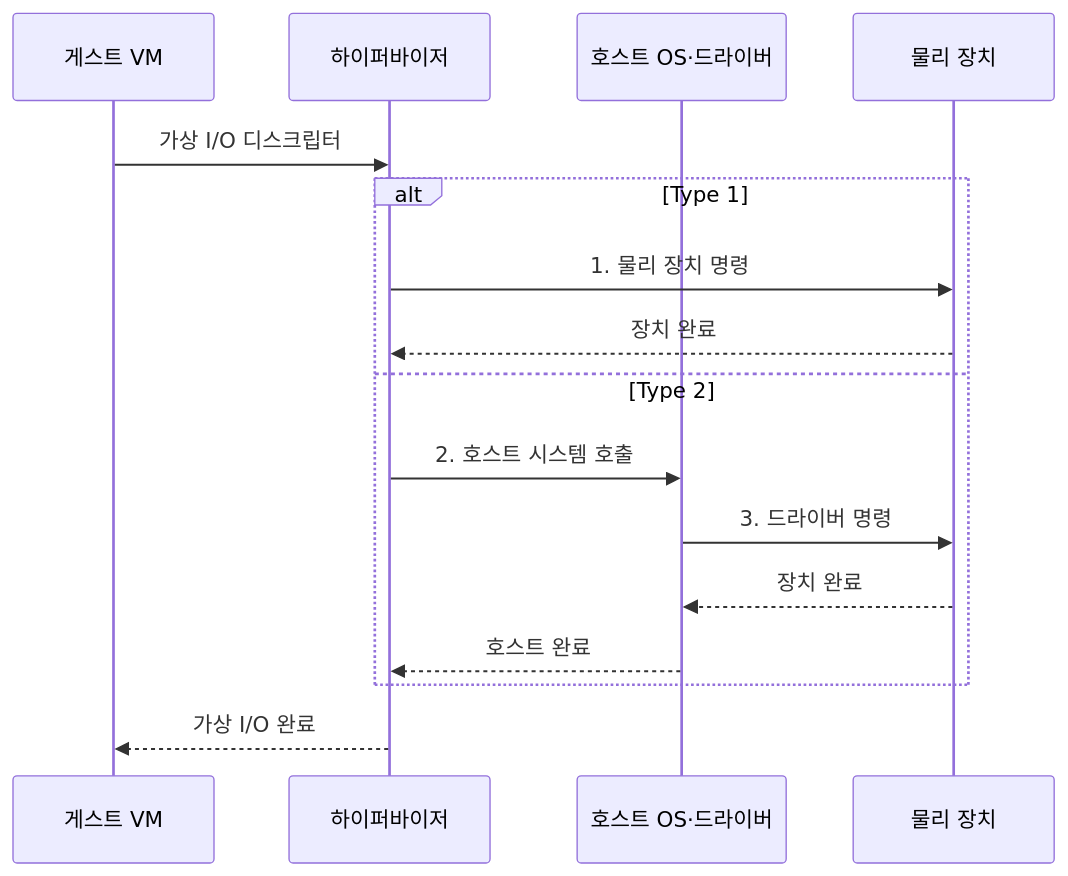
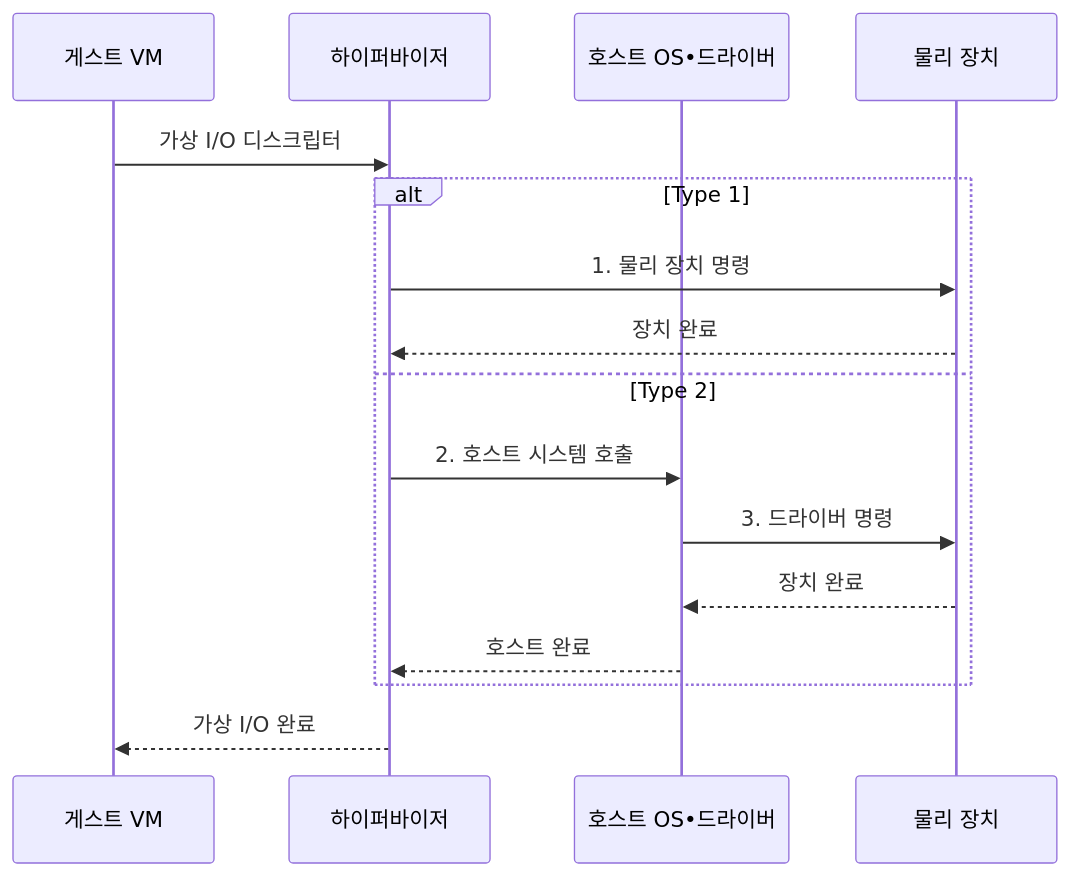
Before and after one commit to agnusdei1207/knowledge-base: the second of 2 diagrams in src/content/docs/notes/02-hardware/087_hypervisor_types.md, drawn with Mermaid. The commit also changed other lines of this file and 953 other files, not shown here.

````diff
--- a/src/content/docs/notes/02-hardware/087_hypervisor_types.md
+++ b/src/content/docs/notes/02-hardware/087_hypervisor_types.md
@@ -94,18 +94,18 @@
 ```mermaid
 sequenceDiagram
     participant G as 게스트 VM
     participant V as 하이퍼바이저
-    participant O as 호스트 OS·드라이버
+    participant O as 호스트 OS•드라이버
     participant D as 물리 장치
     G->>V: 가상 I/O 디스크립터
     alt Type 1
         V->>D: 1. 물리 장치 명령
         D-->>V: 장치 완료
     else Type 2
         V->>O: 2. 호스트 시스템 호출
         O->>D: 3. 드라이버 명령
         D-->>O: 장치 완료
         O-->>V: 호스트 완료
     end
     V-->>G: 가상 I/O 완료
 ```
````
